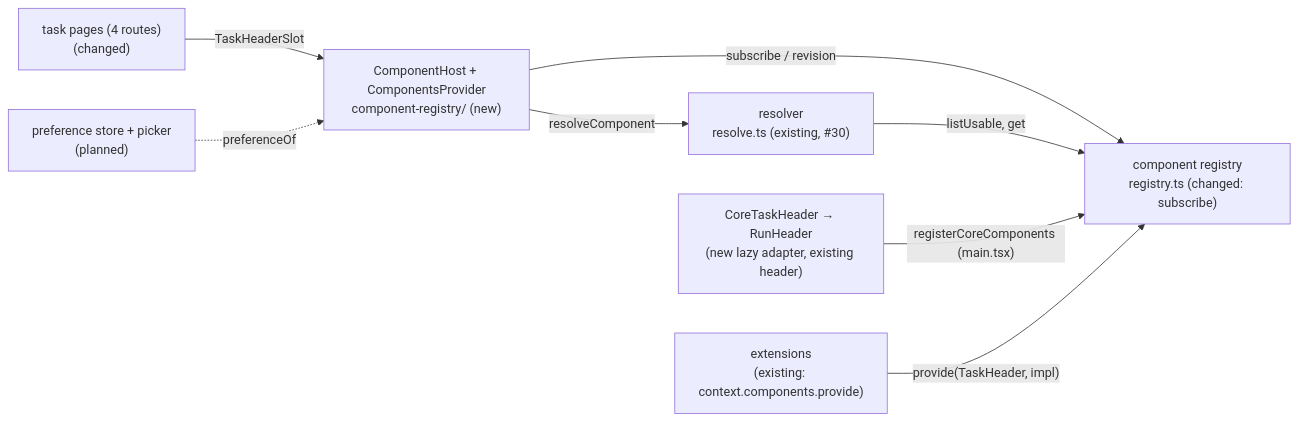
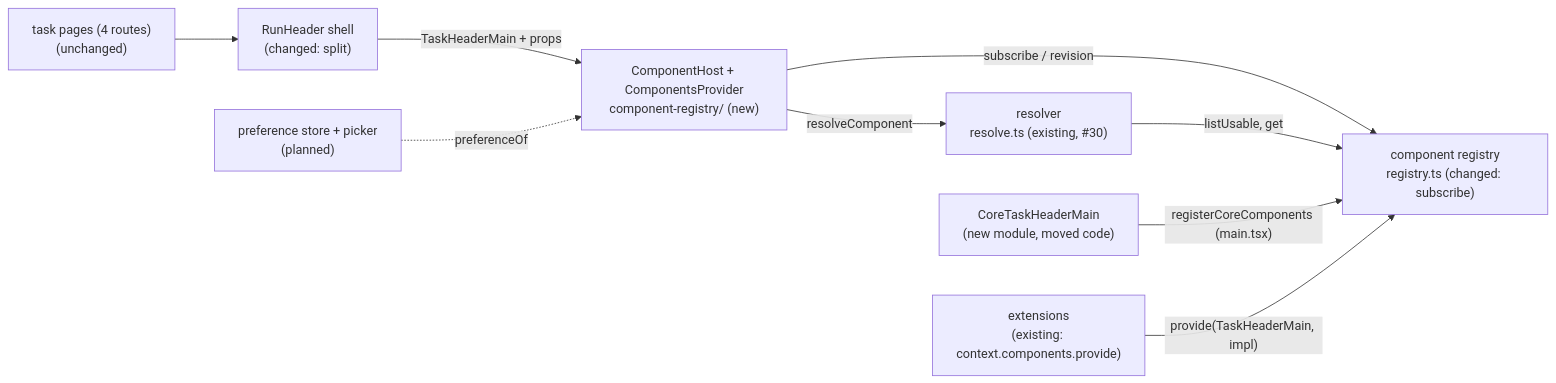
One commit to DarrenStasiakDev4You/cezar-hackathon-ale-patryk-nazywa-go-brutusem changed the diagram in .ai/specs/2026-09-19-component-host.md. Above: the diagram before and after it, drawn with Mermaid. The commit also changed other lines of this file and 4 other files, not shown here.

````diff
--- a/.ai/specs/2026-09-19-component-host.md
+++ b/.ai/specs/2026-09-19-component-host.md
@@ -171,11 +173,12 @@
 ```mermaid
 flowchart LR
-  page["task pages (4 routes)<br/>(changed)"] -->|"TaskHeaderSlot"| host
+  page["task pages (4 routes)<br/>(unchanged)"] --> shell
+  shell["RunHeader shell<br/>(changed: split)"] -->|"TaskHeaderMain + props"| host
   host["ComponentHost + ComponentsProvider<br/>component-registry/ (new)"] -->|"resolveComponent"| res
   host -->|"subscribe / revision"| reg
   res["resolver<br/>resolve.ts (existing, #30)"] -->|"listUsable, get"| reg
   reg["component registry<br/>registry.ts (changed: subscribe)"]
-  core["CoreTaskHeader → RunHeader<br/>(new lazy adapter, existing header)"] -->|"registerCoreComponents (main.tsx)"| reg
-  ext["extensions<br/>(existing: context.components.provide)"] -->|"provide(TaskHeader, impl)"| reg
+  core["CoreTaskHeaderMain<br/>(new module, moved code)"] -->|"registerCoreComponents (main.tsx)"| reg
+  ext["extensions<br/>(existing: context.components.provide)"] -->|"provide(TaskHeaderMain, impl)"| reg
   picker["preference store + picker<br/>(planned)"] -.->|"preferenceOf"| host
 ```
````
